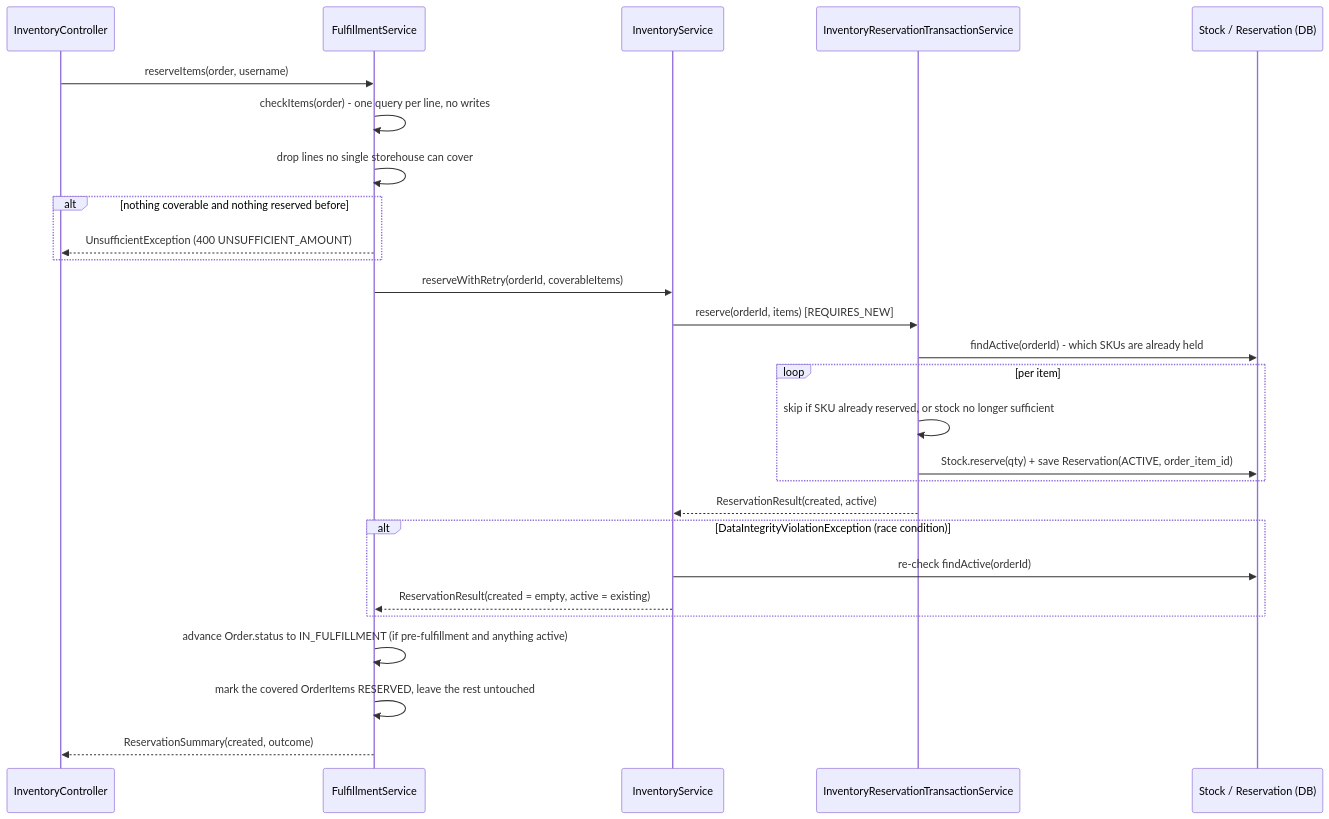
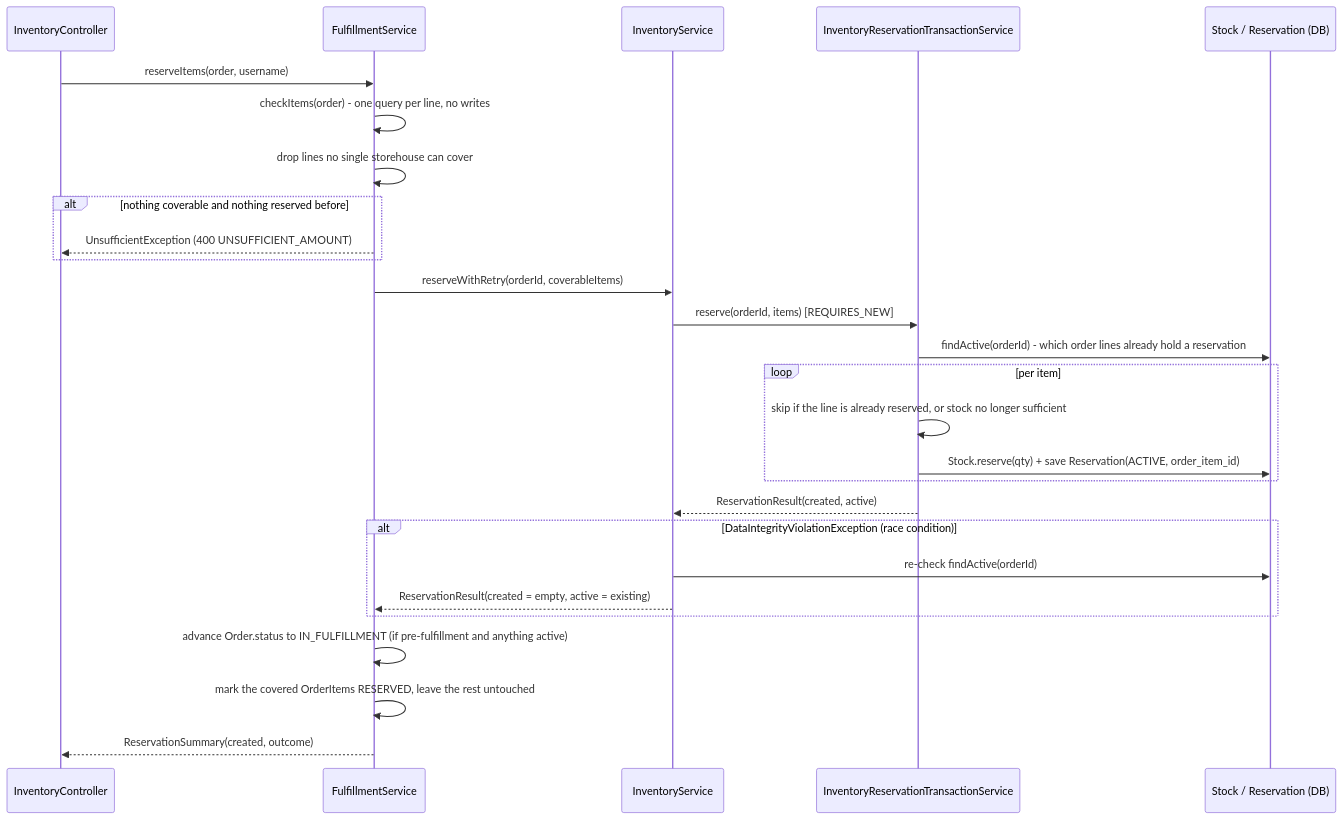
One commit to waldifubu/scm-temporal changed the third of 5 diagrams in README.md. Above: the diagram before and after it, drawn with Mermaid. The commit also changed other lines of this file and 29 other files, not shown here.

````diff
--- a/README.md
+++ b/README.md
@@ -177,30 +184,30 @@
 ```mermaid
 sequenceDiagram
     participant C as InventoryController
     participant FS as FulfillmentService
     participant IS as InventoryService
     participant TX as InventoryReservationTransactionService
     participant DB as Stock / Reservation (DB)
 
     C->>FS: reserveItems(order, username)
     FS->>FS: checkItems(order) - one query per line, no writes
     FS->>FS: drop lines no single storehouse can cover
     alt nothing coverable and nothing reserved before
         FS-->>C: UnsufficientException (400 UNSUFFICIENT_AMOUNT)
     end
     FS->>IS: reserveWithRetry(orderId, coverableItems)
     IS->>TX: reserve(orderId, items) [REQUIRES_NEW]
-    TX->>DB: findActive(orderId) - which SKUs are already held
+    TX->>DB: findActive(orderId) - which order lines already hold a reservation
     loop per item
-        TX->>TX: skip if SKU already reserved, or stock no longer sufficient
+        TX->>TX: skip if the line is already reserved, or stock no longer sufficient
         TX->>DB: Stock.reserve(qty) + save Reservation(ACTIVE, order_item_id)
     end
     TX-->>IS: ReservationResult(created, active)
     alt DataIntegrityViolationException (race condition)
         IS->>DB: re-check findActive(orderId)
         IS-->>FS: ReservationResult(created = empty, active = existing)
     end
     FS->>FS: advance Order.status to IN_FULFILLMENT (if pre-fulfillment and anything active)
     FS->>FS: mark the covered OrderItems RESERVED, leave the rest untouched
     FS-->>C: ReservationSummary(created, outcome)
 ```
````
